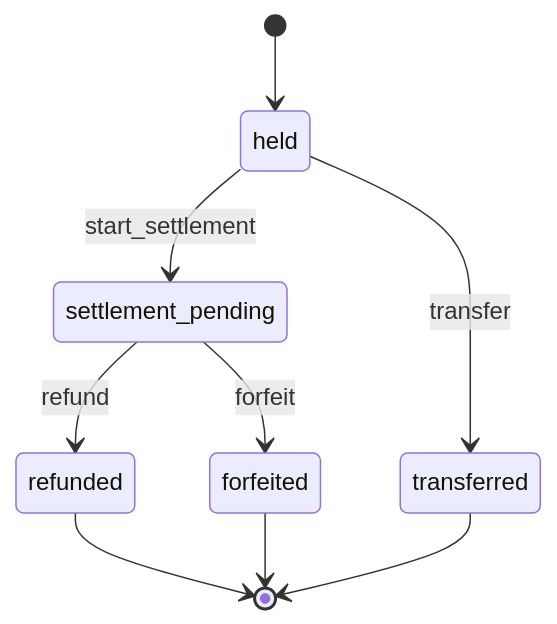
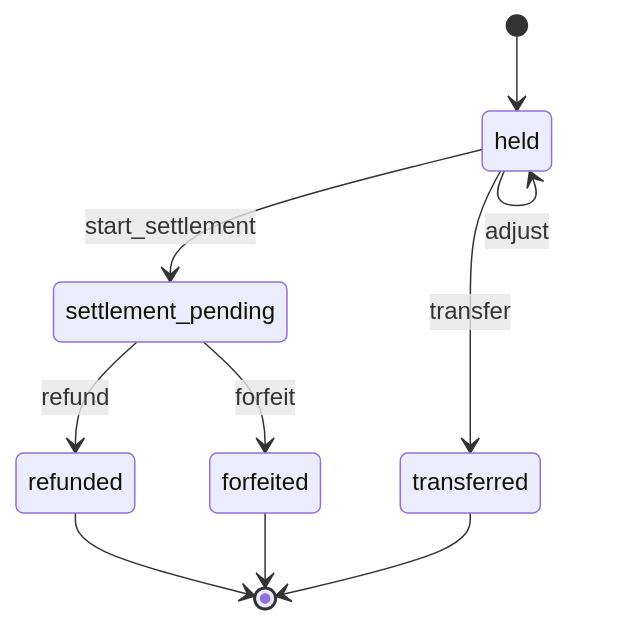
Before and after one commit to renox-rs/white-label: the fifth of 9 diagrams in docs/modules/wl-payments.md, drawn with Mermaid. The commit also changed other lines of this file and 53 other files, not shown here.

First line of the commit message:
Add negative-flow backlog and SME problem map

````diff
--- a/docs/modules/wl-payments.md
+++ b/docs/modules/wl-payments.md
@@ -285,11 +306,12 @@
 ```mermaid
 stateDiagram-v2
   [*] --> held
+  held --> held: adjust
   held --> settlement_pending: start_settlement
   held --> transferred: transfer
   settlement_pending --> refunded: refund
   settlement_pending --> forfeited: forfeit
   refunded --> [*]
   forfeited --> [*]
   transferred --> [*]
 ```
````
